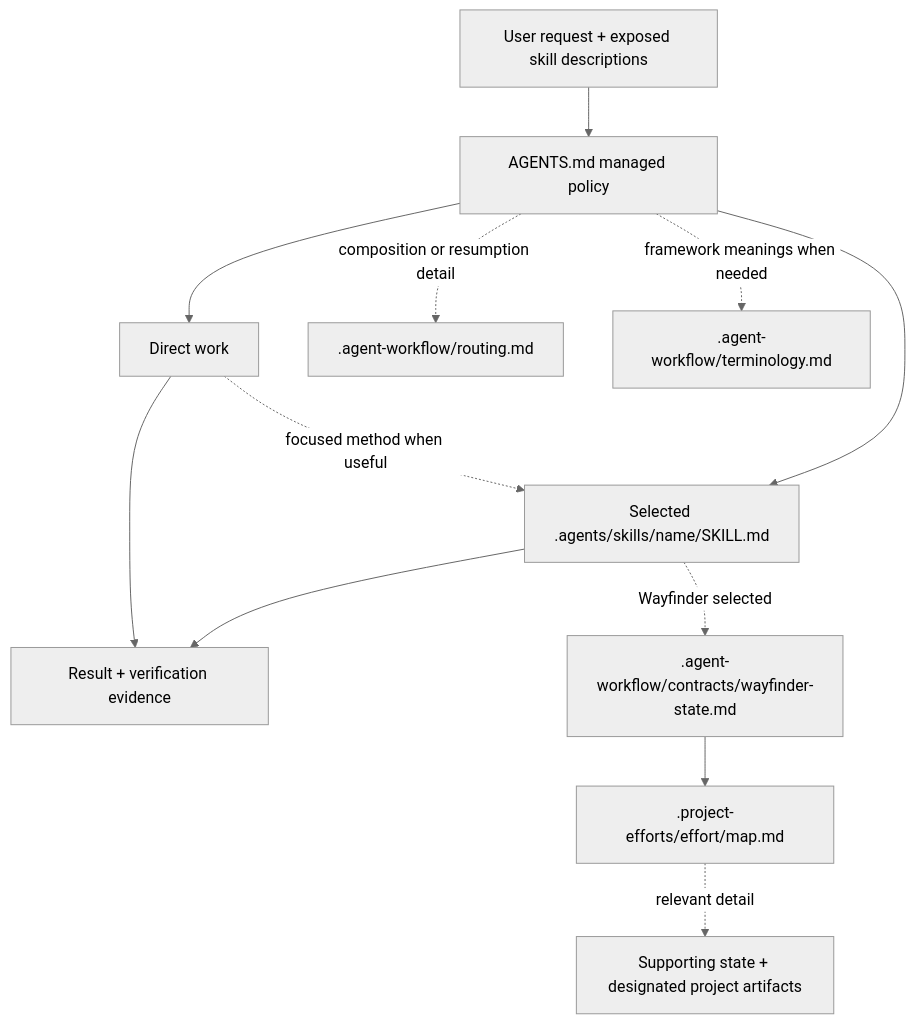
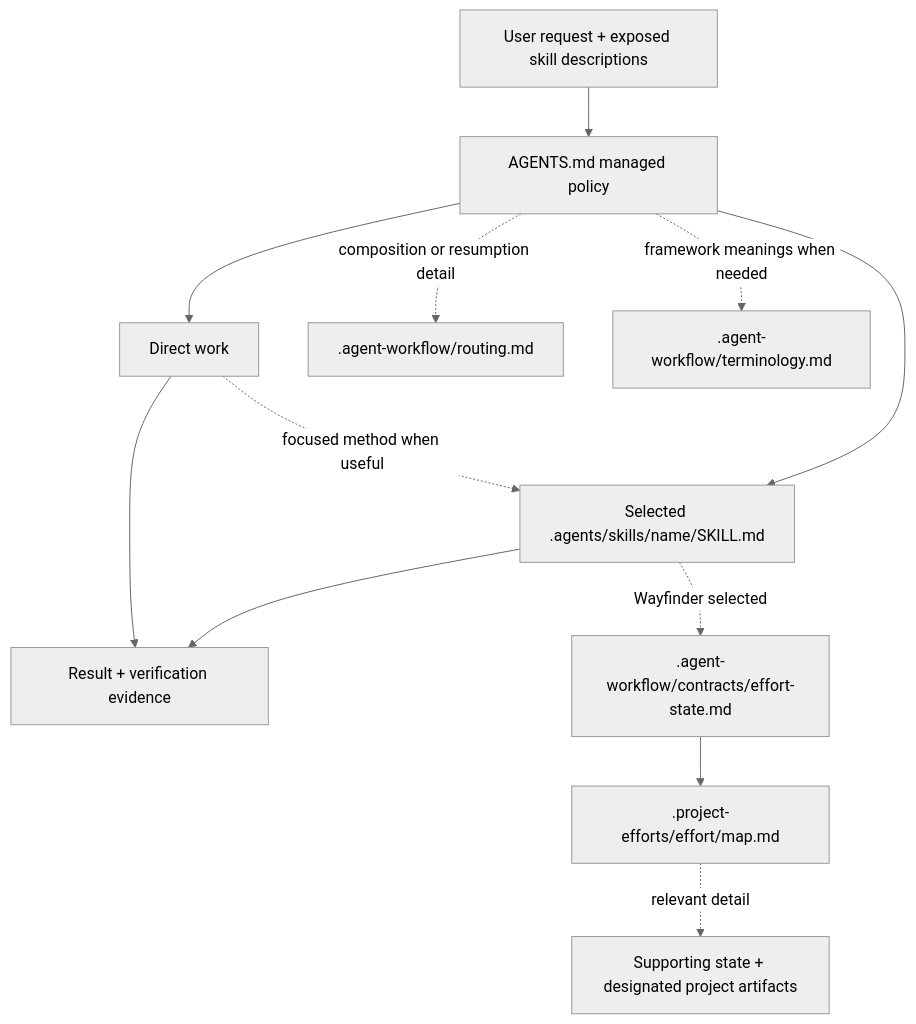
The diagram in docs/architecture.md (jimmfan/agentic-workflow), drawn with Mermaid (neutral theme) before and after one commit. The commit also changed other lines of this file and 28 other files, not shown here.

````diff
--- a/docs/architecture.md
+++ b/docs/architecture.md
@@ -11,14 +11,14 @@
 ```mermaid
 flowchart TD
     request["User request + exposed skill descriptions"] --> root["AGENTS.md managed policy"]
     root --> direct["Direct work"]
     root --> method["Selected .agents/skills/name/SKILL.md"]
     direct -. focused method when useful .-> method
     root -. composition or resumption detail .-> routing[".agent-workflow/routing.md"]
     root -. framework meanings when needed .-> terms[".agent-workflow/terminology.md"]
     method --> result["Result + verification evidence"]
     direct --> result
-    method -. Wayfinder selected .-> contract[".agent-workflow/contracts/wayfinder-state.md"]
+    method -. Wayfinder selected .-> contract[".agent-workflow/contracts/effort-state.md"]
     contract --> map[".project-efforts/effort/map.md"]
     map -. relevant detail .-> artifacts["Supporting state + designated project artifacts"]
 ```
````
